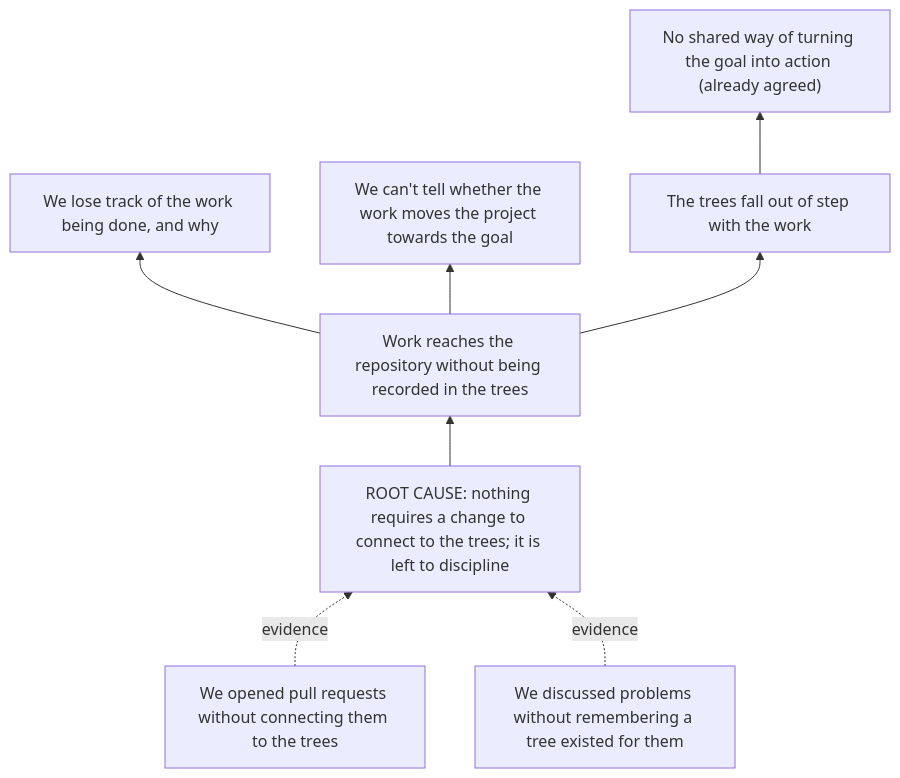
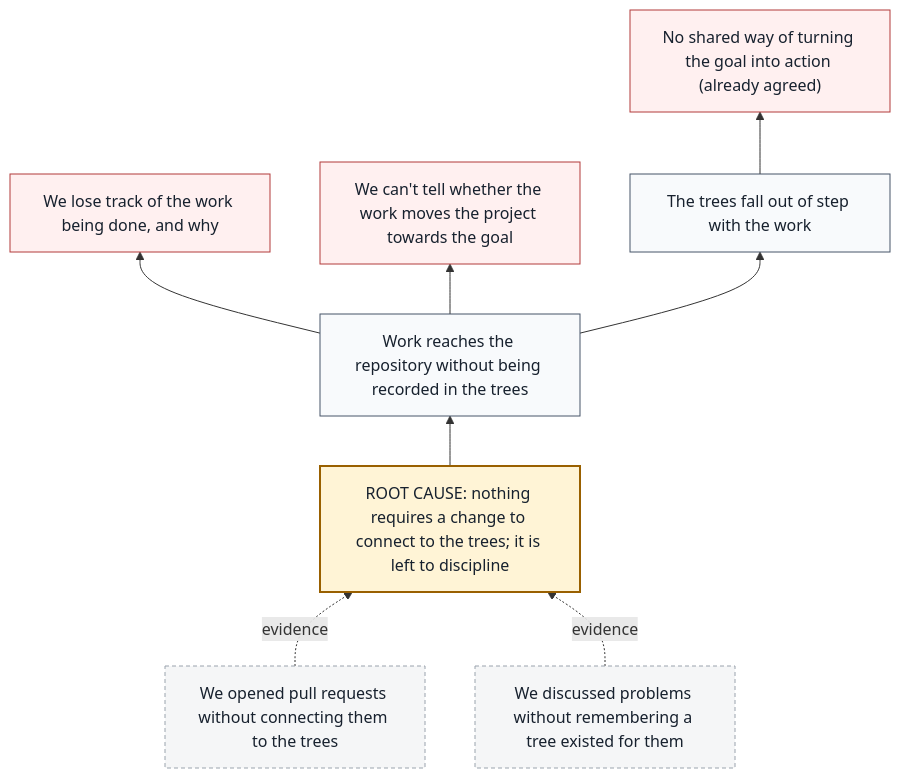
One commit to life-itself/reasoncommons changed the first of 2 diagrams in blog/making-work-add-up.md. Above: the diagram before and after it, drawn with Mermaid. The commit also changed other lines of this file and 3 other files, not shown here.

First line of the commit message:
blog: SVG renders of the post's diagrams, for the pull request

````diff
--- a/blog/making-work-add-up.md
+++ b/blog/making-work-add-up.md
@@ -55,18 +55,26 @@
 ```mermaid
 flowchart BT
   O1["We opened pull requests without connecting them to the trees"]
   O2["We discussed problems without remembering a tree existed for them"]
   RC["ROOT CAUSE: nothing requires a change to connect to the trees; it is left to discipline"]
   C1["Work reaches the repository without being recorded in the trees"]
   U1["We lose track of the work being done, and why"]
   U2["We can't tell whether the work moves the project towards the goal"]
   C2["The trees fall out of step with the work"]
   U3["No shared way of turning the goal into action (already agreed)"]
   O1 -. evidence .-> RC
   O2 -. evidence .-> RC
   RC --> C1
   C1 --> U1
   C1 --> U2
   C1 --> C2
   C2 --> U3
+  classDef evidence fill:#f5f6f7,stroke:#9aa3ad,stroke-dasharray:4 3,color:#17212e
+  classDef key fill:#fff4d6,stroke:#996000,stroke-width:2px,color:#17212e
+  classDef cause fill:#f8fafc,stroke:#475569,color:#17212e
+  classDef ude fill:#fff0f0,stroke:#b23b3b,color:#17212e
+  class O1,O2 evidence
+  class RC key
+  class C1,C2 cause
+  class U1,U2,U3 ude
 ```
````
